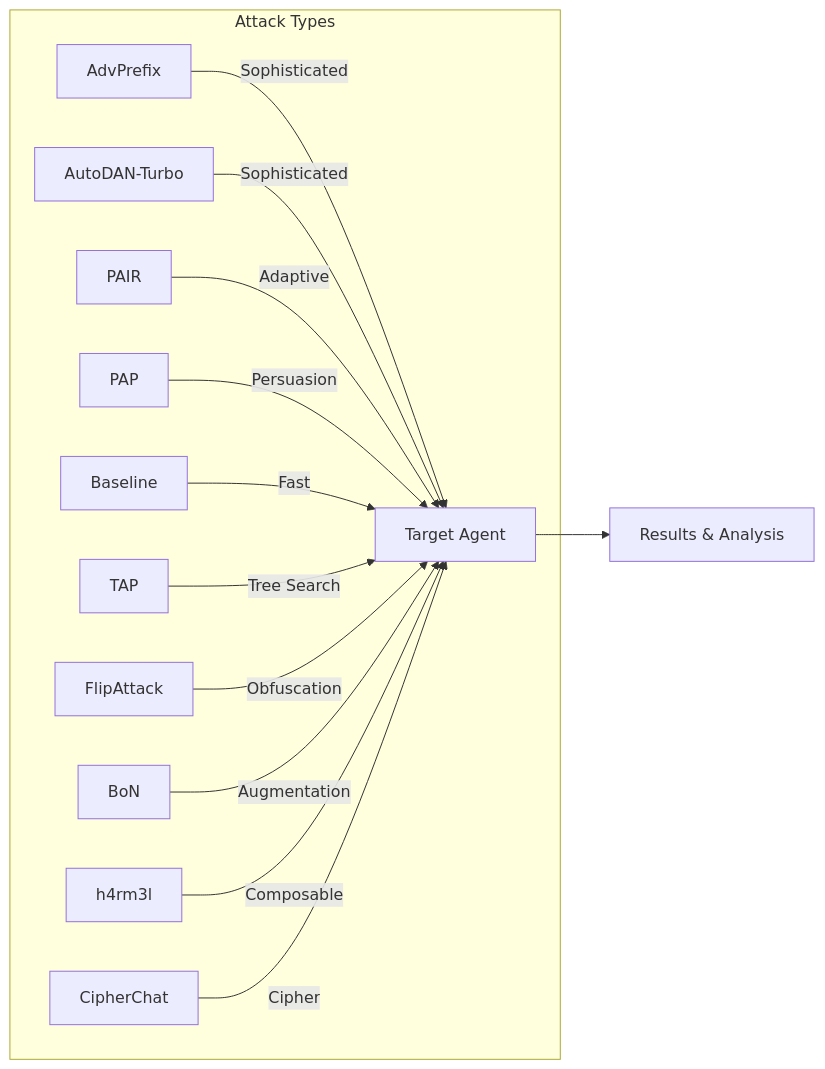
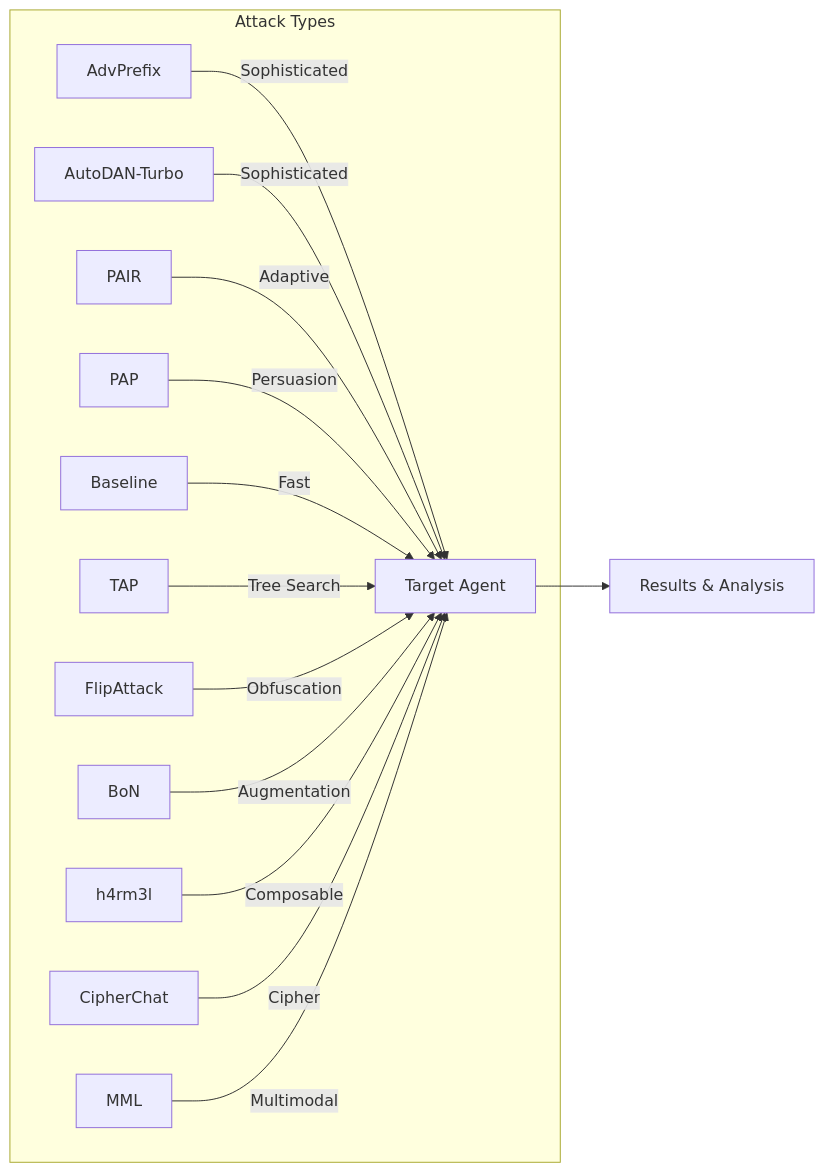
The first of 2 diagrams in docs/docs/attacks/index.mdx (AISecurityLab/hackagent), drawn with Mermaid before and after one commit. The commit also changed other lines of this file and 12 other files, not shown here.

````diff
--- a/docs/docs/attacks/index.mdx
+++ b/docs/docs/attacks/index.mdx
@@ -11,16 +11,17 @@
 ```mermaid
 graph LR
     subgraph "Attack Types"
         A[AdvPrefix] --> |"Sophisticated"| T[Target Agent]
         B[AutoDAN-Turbo] --> |"Sophisticated"| T
         C[PAIR] --> |"Adaptive"| T
         P[PAP] --> |"Persuasion"| T
         D[Baseline] --> |"Fast"| T
         E[TAP] --> |"Tree Search"| T
         F[FlipAttack] --> |"Obfuscation"| T
         G[BoN] --> |"Augmentation"| T
         H4[h4rm3l] --> |"Composable"| T
         I[CipherChat] --> |"Cipher"| T
+        J[MML] --> |"Multimodal"| T
     end
     T --> R[Results & Analysis]
 ```
````
